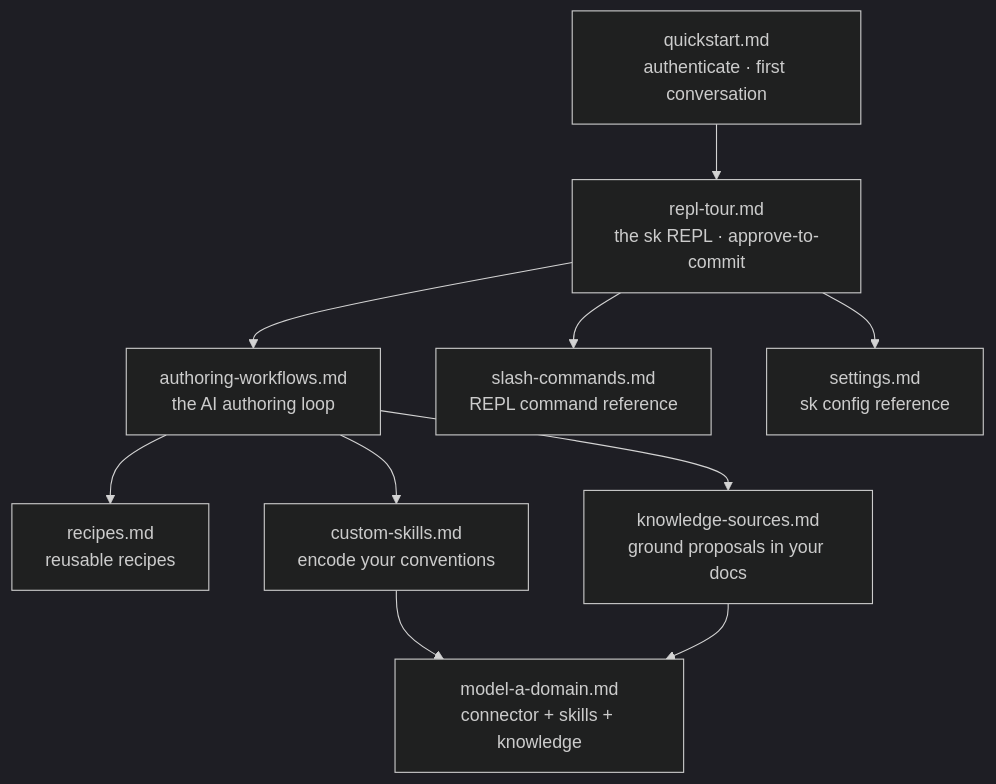
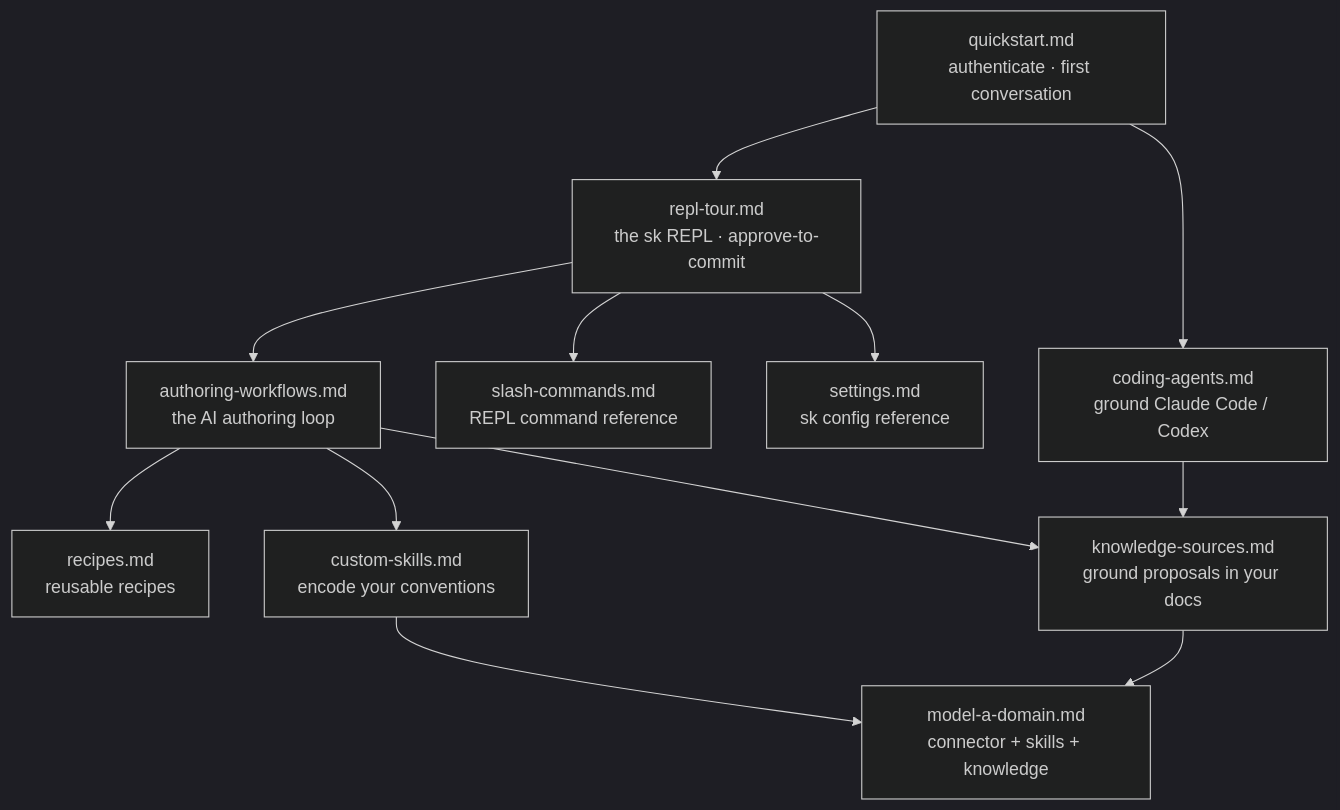
Before and after one commit to MikeBild/subkit: the diagram in docs/authors/README.md, drawn with Mermaid (dark theme). The commit also changed other lines of this file and 18 other files, not shown here.

````diff
--- a/docs/authors/README.md
+++ b/docs/authors/README.md
@@ -8,12 +8,14 @@
 ```mermaid
 flowchart TD
     Q[quickstart.md<br/>authenticate · first conversation] --> R[repl-tour.md<br/>the sk REPL · approve-to-commit]
+    Q --> CC[coding-agents.md<br/>ground Claude Code / Codex]
     R --> A[authoring-workflows.md<br/>the AI authoring loop]
     A --> RC[recipes.md<br/>reusable recipes]
     A --> CS[custom-skills.md<br/>encode your conventions]
     A --> KS[knowledge-sources.md<br/>ground proposals in your docs]
+    CC --> KS
     CS --> MD[model-a-domain.md<br/>connector + skills + knowledge]
     KS --> MD
     R --> SL[slash-commands.md<br/>REPL command reference]
     R --> SE[settings.md<br/>sk config reference]
 ```
````
